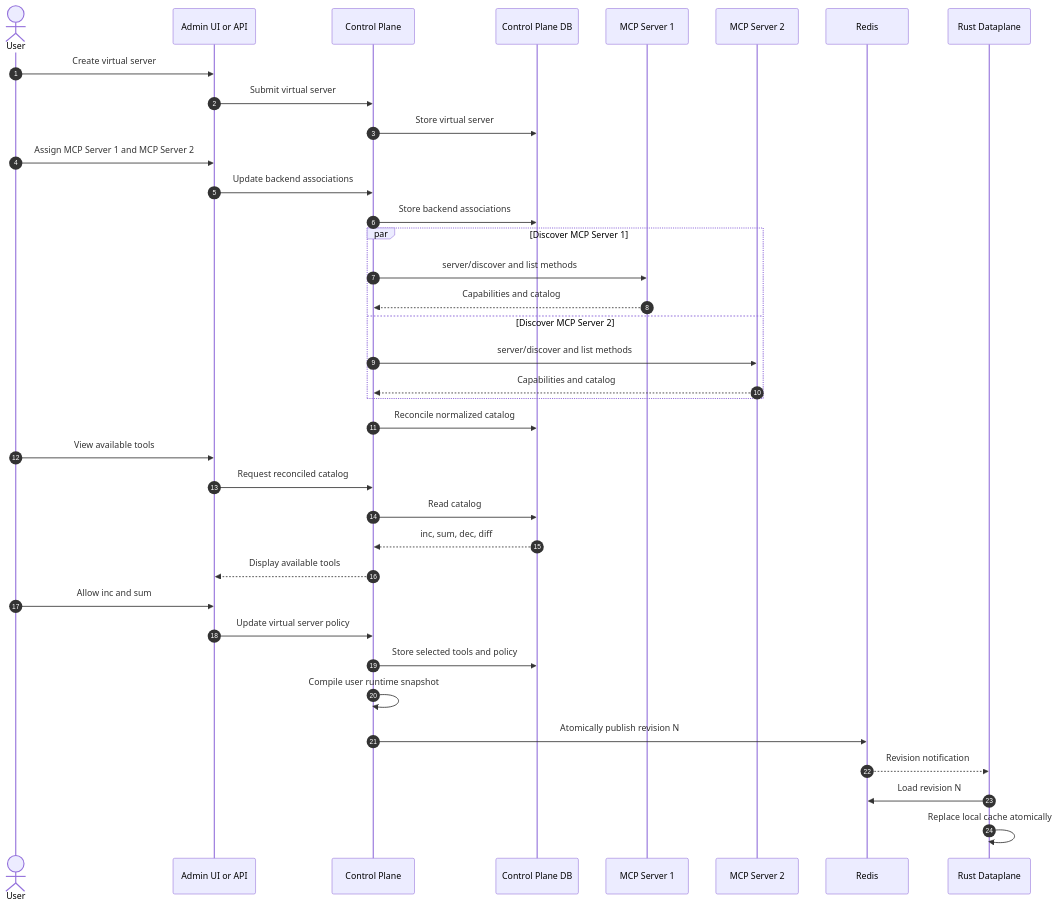
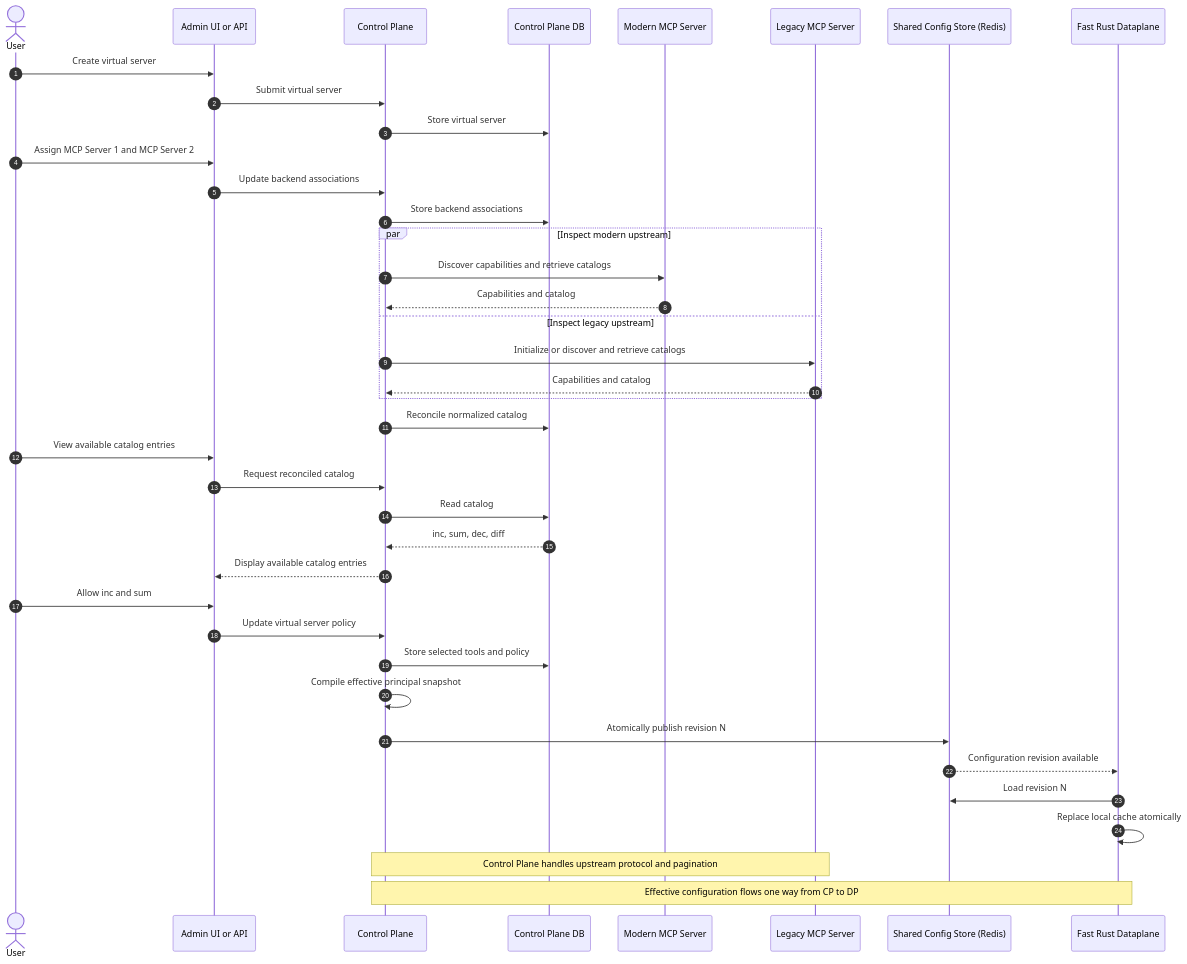
The first of 4 diagrams in _context/wiki/mcp-capability-allocation.md (contextforge-gateway-rs/contextforge-gateway-rs), drawn with Mermaid before and after one commit. The commit also changed other lines of this file, not shown here.

Commit message:
docs: align Phase 3 architecture with design plan

````diff
--- a/_context/wiki/mcp-capability-allocation.md
+++ b/_context/wiki/mcp-capability-allocation.md
@@ -8,45 +26,48 @@
 ```mermaid
 sequenceDiagram
     autonumber
     actor User
     participant UI as Admin UI or API
     participant CP as Control Plane
     participant DB as Control Plane DB
-    participant MCP1 as MCP Server 1
-    participant MCP2 as MCP Server 2
-    participant Redis
-    participant DP as Rust Dataplane
+    participant MCP1 as Modern MCP Server
+    participant MCP2 as Legacy MCP Server
+    participant Store as Shared Config Store (Redis)
+    participant DP as Fast Rust Dataplane
 
     User->>UI: Create virtual server
     UI->>CP: Submit virtual server
     CP->>DB: Store virtual server
 
     User->>UI: Assign MCP Server 1 and MCP Server 2
     UI->>CP: Update backend associations
     CP->>DB: Store backend associations
 
-    par Discover MCP Server 1
-        CP->>MCP1: server/discover and list methods
+    par Inspect modern upstream
+        CP->>MCP1: Discover capabilities and retrieve catalogs
         MCP1-->>CP: Capabilities and catalog
-    and Discover MCP Server 2
-        CP->>MCP2: server/discover and list methods
+    and Inspect legacy upstream
+        CP->>MCP2: Initialize or discover and retrieve catalogs
         MCP2-->>CP: Capabilities and catalog
     end
 
     CP->>DB: Reconcile normalized catalog
-    User->>UI: View available tools
+    User->>UI: View available catalog entries
     UI->>CP: Request reconciled catalog
     CP->>DB: Read catalog
     DB-->>CP: inc, sum, dec, diff
-    CP-->>UI: Display available tools
+    CP-->>UI: Display available catalog entries
 
     User->>UI: Allow inc and sum
     UI->>CP: Update virtual server policy
     CP->>DB: Store selected tools and policy
 
-    CP->>CP: Compile user runtime snapshot
-    CP->>Redis: Atomically publish revision N
-    Redis-->>DP: Revision notification
-    DP->>Redis: Load revision N
+    CP->>CP: Compile effective principal snapshot
+    CP->>Store: Atomically publish revision N
+    Store-->>DP: Configuration revision available
+    DP->>Store: Load revision N
     DP->>DP: Replace local cache atomically
+
+    Note over CP,MCP2: Control Plane handles upstream protocol and pagination
+    Note over CP,DP: Effective configuration flows one way from CP to DP
 ```
````
